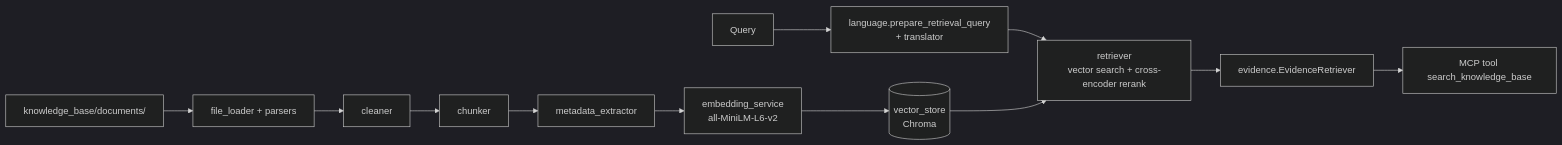
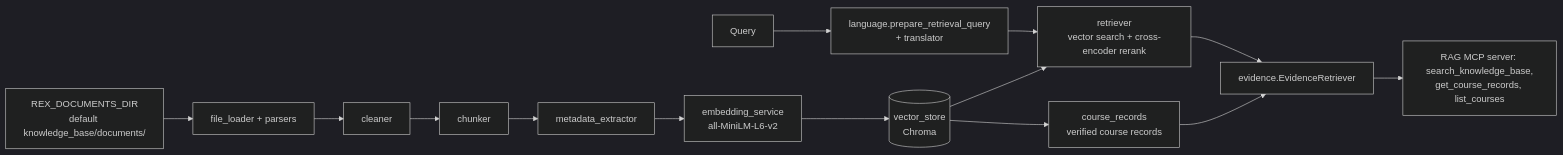
One commit to MennaElsekily/rex-ai changed the second of 2 diagrams in docs/architecture.md. Above: the diagram before and after it, drawn with Mermaid (dark theme). The commit also changed other lines of this file and 109 other files, not shown here.

First line of the commit message:
Improve REX AI agents, RAG safeguards, email rule and tests

````diff
--- a/docs/architecture.md
+++ b/docs/architecture.md
@@ -321,14 +388,16 @@
 ```mermaid
 flowchart LR
-    D[knowledge_base/documents/] --> L[file_loader + parsers]
+    D[REX_DOCUMENTS_DIR<br/>default knowledge_base/documents/] --> L[file_loader + parsers]
     L --> C[cleaner]
     C --> K[chunker]
     K --> M[metadata_extractor]
     M --> E[embedding_service<br/>all-MiniLM-L6-v2]
     E --> V[(vector_store<br/>Chroma)]
     Q[Query] --> T[language.prepare_retrieval_query<br/>+ translator]
     T --> R[retriever<br/>vector search + cross-encoder rerank]
     V --> R
     R --> EV[evidence.EvidenceRetriever]
-    EV --> MCP[MCP tool search_knowledge_base]
+    V --> CR[course_records<br/>verified course records]
+    CR --> EV
+    EV --> MCP[RAG MCP server: search_knowledge_base,<br/>get_course_records, list_courses]
 ```
````
